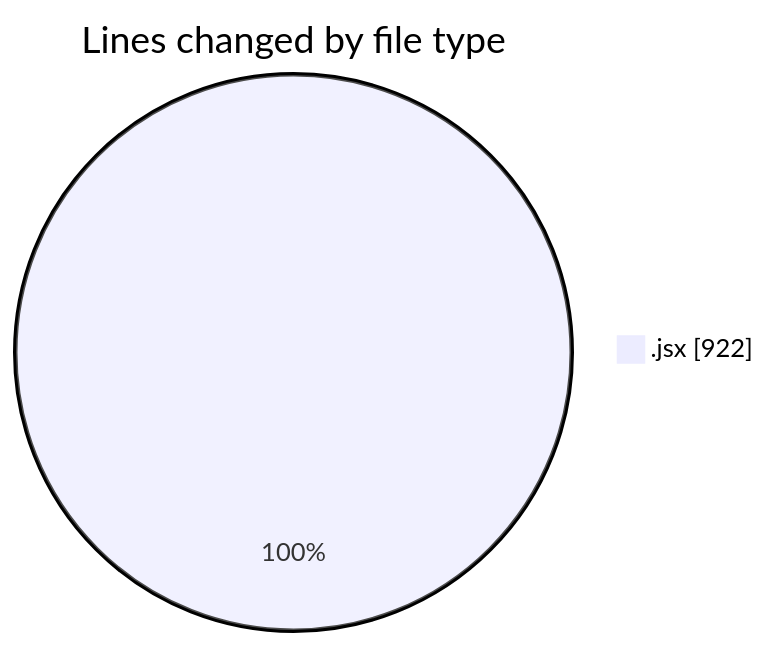
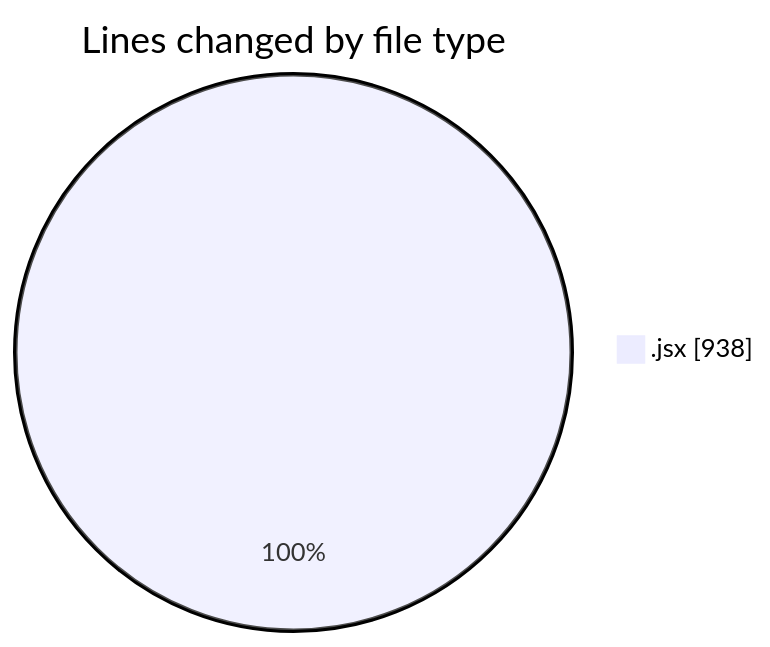
One commit to nxtqubesakshisongat/code-tracking changed the first of 2 diagrams in 2025-06-30/argos/README.md. Above: the diagram before and after it, drawn with Mermaid. The commit also changed other lines of this file and 1 other file, not shown here.

````diff
--- a/2025-06-30/argos/README.md
+++ b/2025-06-30/argos/README.md
@@ -22,5 +22,5 @@
 ```mermaid
 pie showData
 title Lines changed by file type
-".jsx" : 922
+".jsx" : 938
 ```
````
